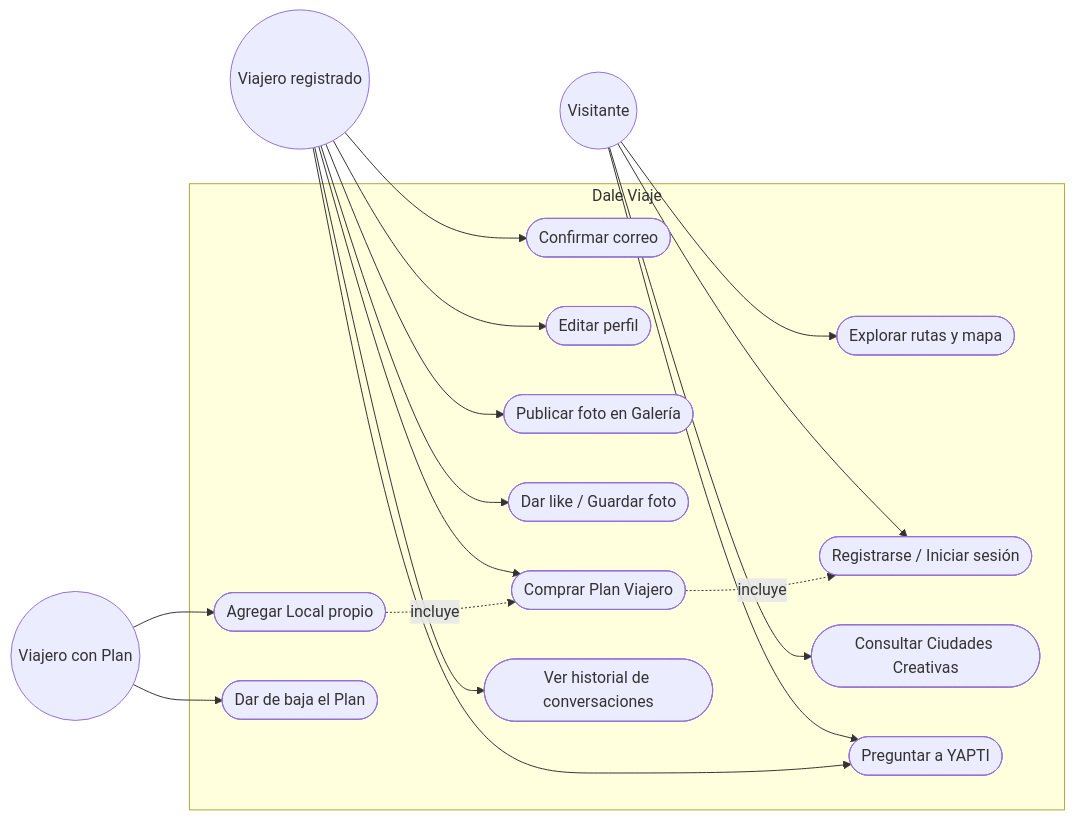
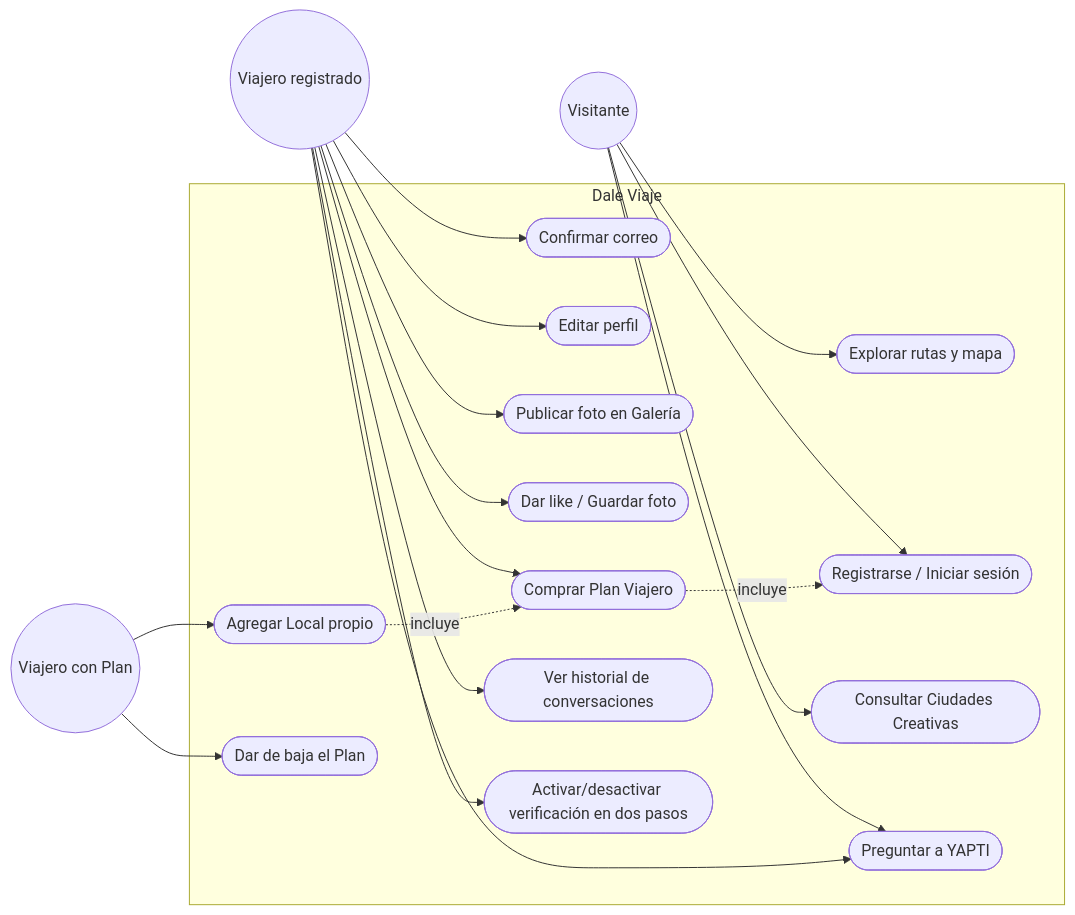
Before and after one commit to JRuizGon/dale-viaje: the second of 4 diagrams in DIAGRAMAS.md, drawn with Mermaid. The commit also changed 10 other files, not shown here.

````diff
--- a/DIAGRAMAS.md
+++ b/DIAGRAMAS.md
@@ -101,40 +101,42 @@
 ```mermaid
 flowchart LR
     Visitante(("Visitante"))
     Viajero(("Viajero registrado"))
     ViajeroPlan(("Viajero con Plan"))
 
     subgraph Sistema["Dale Viaje"]
         UC1(["Explorar rutas y mapa"])
         UC2(["Registrarse / Iniciar sesión"])
         UC3(["Confirmar correo"])
         UC4(["Editar perfil"])
         UC5(["Publicar foto en Galería"])
         UC6(["Dar like / Guardar foto"])
         UC7(["Consultar Ciudades Creativas"])
         UC8(["Preguntar a YAPTI"])
         UC9(["Comprar Plan Viajero"])
         UC10(["Agregar Local propio"])
         UC11(["Dar de baja el Plan"])
         UC12(["Ver historial de conversaciones"])
+        UC13(["Activar/desactivar verificación en dos pasos"])
     end
 
     Visitante --> UC1
     Visitante --> UC2
     Visitante --> UC7
     Visitante --> UC8
 
     Viajero --> UC3
     Viajero --> UC4
     Viajero --> UC5
     Viajero --> UC6
     Viajero --> UC8
     Viajero --> UC9
     Viajero --> UC12
+    Viajero --> UC13
 
     ViajeroPlan --> UC10
     ViajeroPlan --> UC11
 
     UC9 -.incluye.-> UC2
     UC10 -.incluye.-> UC9
 ```
````
